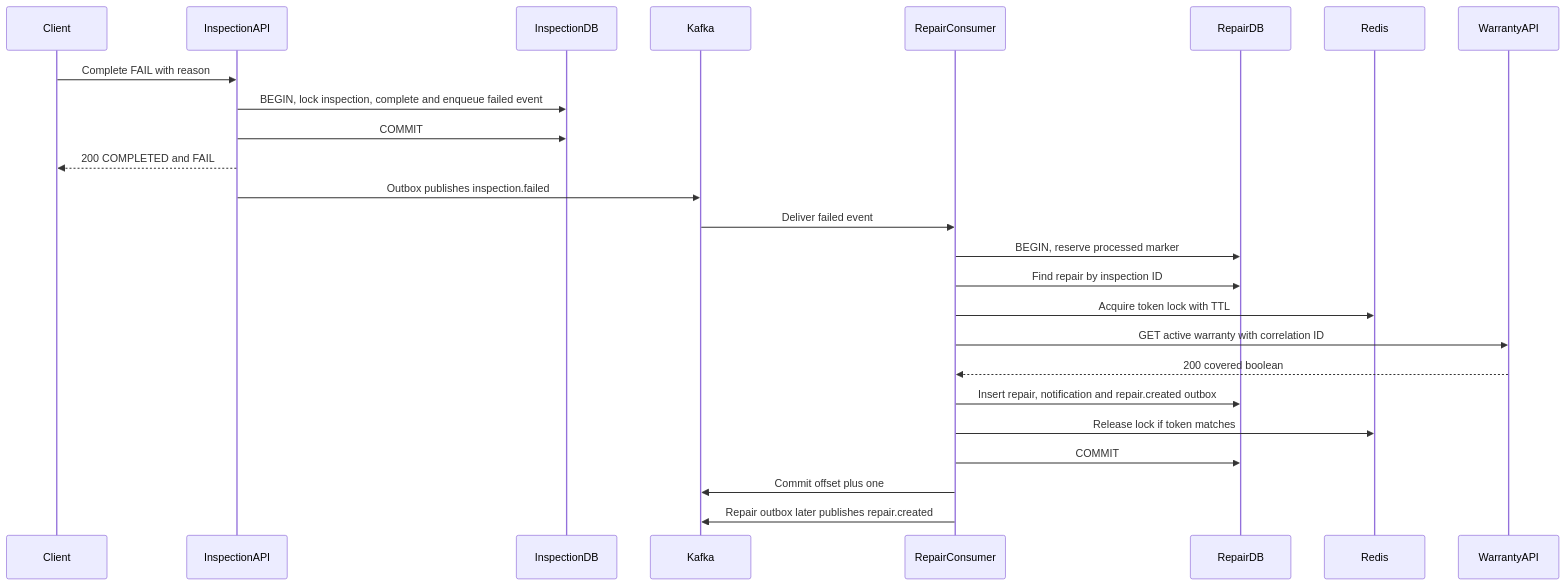
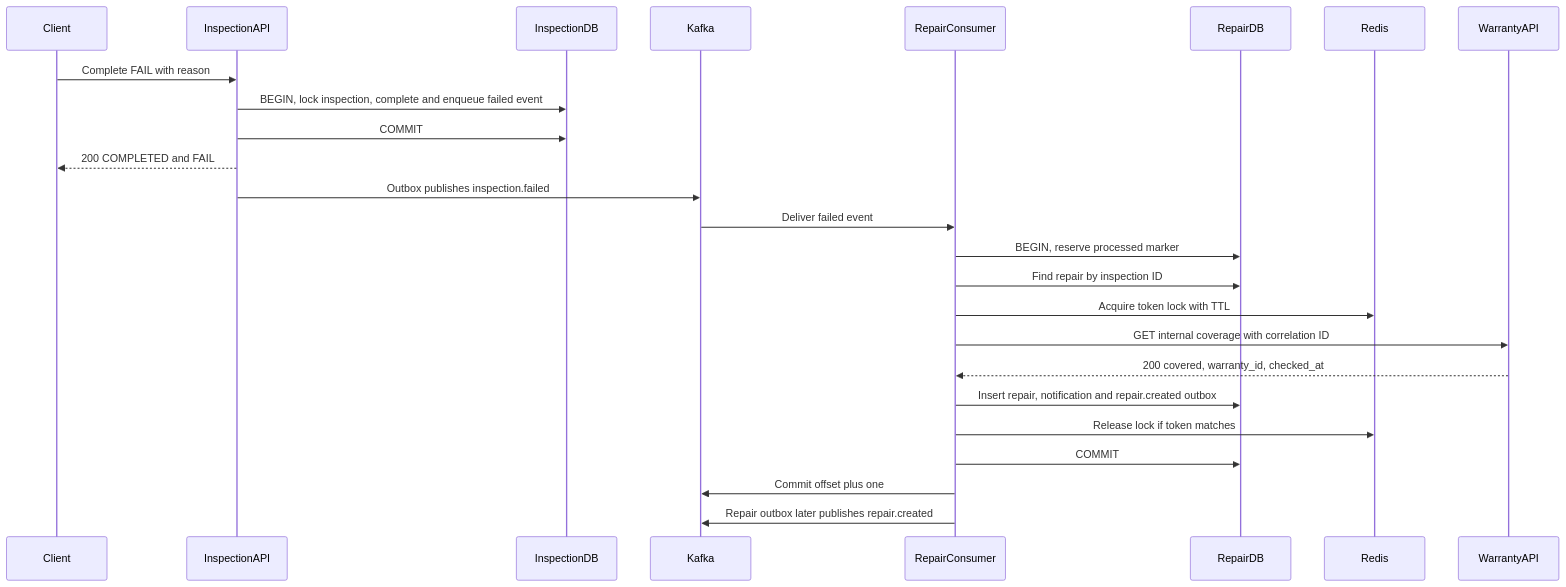
Before and after one commit to Huy-8bit/interview: the diagram in lab/docs/diagrams/sources/inspection-repair-sequence.mmd, drawn with Mermaid. The commit also changed 141 other files, not shown here.

```diff
--- a/lab/docs/diagrams/sources/inspection-repair-sequence.mmd
+++ b/lab/docs/diagrams/sources/inspection-repair-sequence.mmd
@@ -1,26 +1,26 @@
 sequenceDiagram
     %% diagram: inspection-repair-sequence
     participant Client
     participant InspectionAPI
     participant InspectionDB
     participant Kafka
     participant RepairConsumer
     participant RepairDB
     participant Redis
     participant WarrantyAPI
     Client->>InspectionAPI: Complete FAIL with reason
     InspectionAPI->>InspectionDB: BEGIN, lock inspection, complete and enqueue failed event
     InspectionAPI->>InspectionDB: COMMIT
     InspectionAPI-->>Client: 200 COMPLETED and FAIL
     InspectionAPI->>Kafka: Outbox publishes inspection.failed
     Kafka->>RepairConsumer: Deliver failed event
     RepairConsumer->>RepairDB: BEGIN, reserve processed marker
     RepairConsumer->>RepairDB: Find repair by inspection ID
     RepairConsumer->>Redis: Acquire token lock with TTL
-    RepairConsumer->>WarrantyAPI: GET active warranty with correlation ID
-    WarrantyAPI-->>RepairConsumer: 200 covered boolean
+    RepairConsumer->>WarrantyAPI: GET internal coverage with correlation ID
+    WarrantyAPI-->>RepairConsumer: 200 covered, warranty_id, checked_at
     RepairConsumer->>RepairDB: Insert repair, notification and repair.created outbox
     RepairConsumer->>Redis: Release lock if token matches
     RepairConsumer->>RepairDB: COMMIT
     RepairConsumer->>Kafka: Commit offset plus one
     RepairConsumer->>Kafka: Repair outbox later publishes repair.created
```
